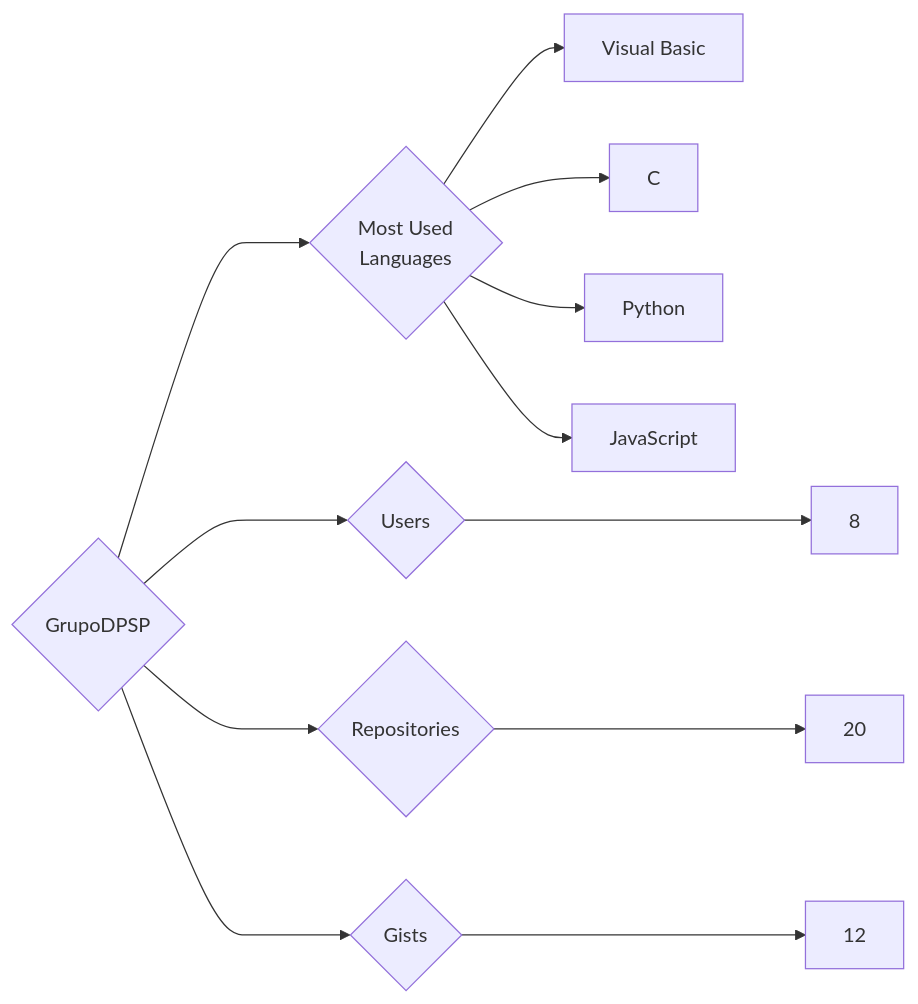
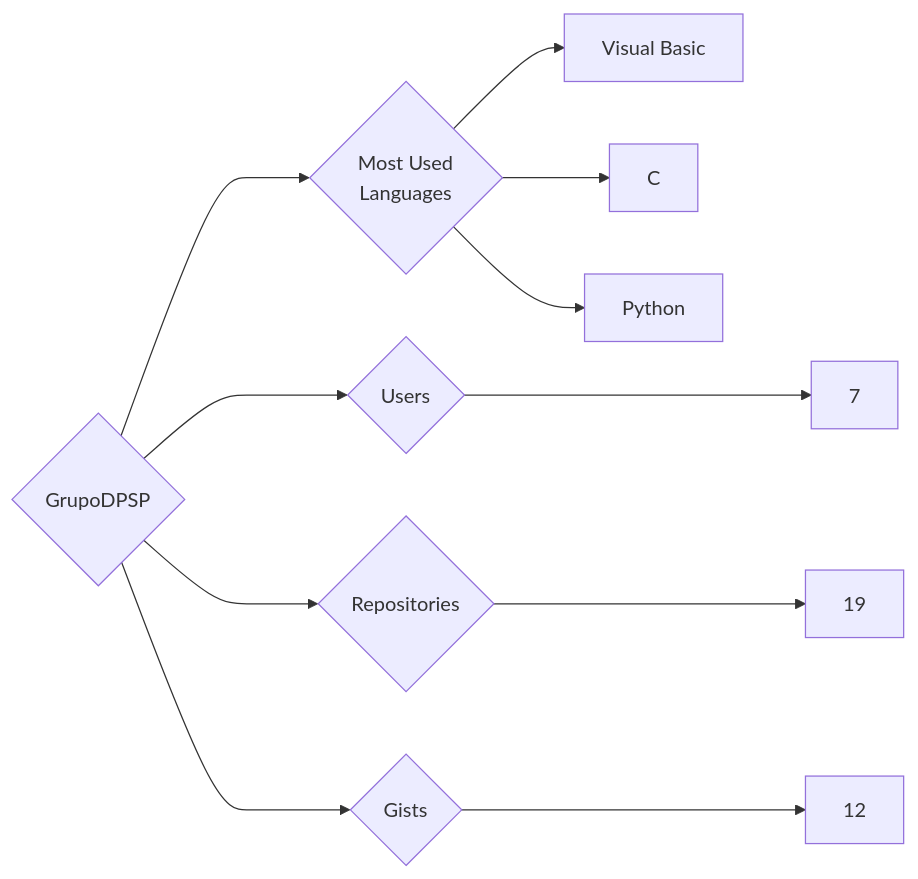
The diagram in targets/GrupoDPSP/README.md (trickest/insiders), drawn with Mermaid before and after one commit. The commit also changed 865 other files, not shown here.

````diff
--- a/targets/GrupoDPSP/README.md
+++ b/targets/GrupoDPSP/README.md
@@ -3,12 +3,11 @@
 ```mermaid
 graph LR
 COMPANY_NAME{GrupoDPSP}
-COMPANY_NAME ---> U{Users} ---> UN[8]
-COMPANY_NAME ---> R{Repositories} ---> RN[20]
+COMPANY_NAME ---> U{Users} ---> UN[7]
+COMPANY_NAME ---> R{Repositories} ---> RN[19]
 COMPANY_NAME ---> G{Gists} ---> GN[12]
 COMPANY_NAME ---> ML{Most Used<br>Languages}
 ML --> Visual_Basic[Visual Basic]
 ML --> C[C]
 ML --> Python[Python]
-ML --> JavaScript[JavaScript]
 ```
````
